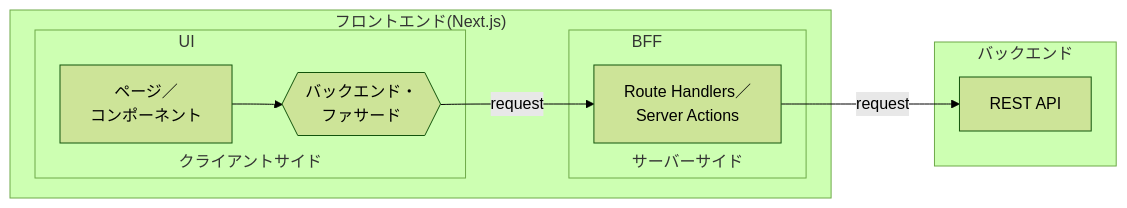
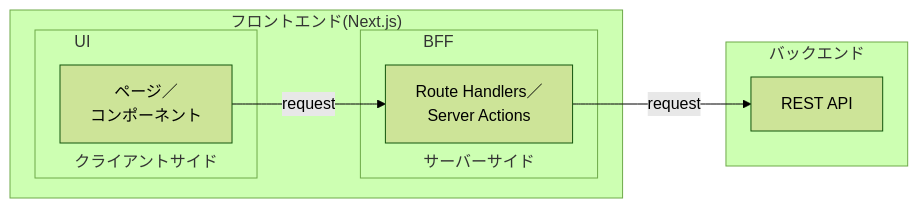
One commit to sudo-yoko/portfolio-nextjs changed the first of 2 diagrams in README.md. Above: the diagram before and after it, drawn with Mermaid (forest theme). The commit also changed other lines of this file, not shown here.

````diff
--- a/README.md
+++ b/README.md
@@ -32,18 +34,16 @@
 ```mermaid
 flowchart LR
 	subgraph "フロントエンド(Next.js)"
 		subgraph "UI<br><br><br><br><br>クライアントサイド"
 			U["ページ／<br>コンポーネント"]
-			F{{"バックエンド・<br>ファサード"}}
 		end
 		subgraph "BFF<br><br><br><br><br>サーバーサイド"
 			B[Route Handlers／<br>Server Actions]
 		end
 	end
-	U-->F
-	F-- request -->B
+	U-- request -->B
 	subgraph "バックエンド"
 		REST["REST API"]
 	end
 	B-- request -->REST
 ```
````
